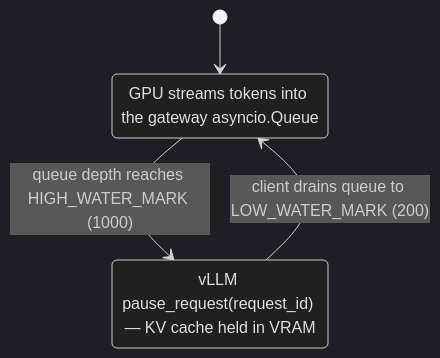
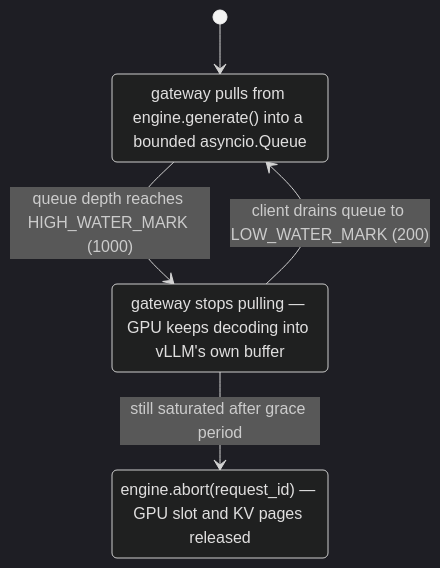
Before and after one commit to rppol/system-design: the second of 3 diagrams in src/main/java/com/rutik/systemdesign/llm/case_studies/cross_cutting/streaming_at_scale.md, drawn with Mermaid (dark theme). The commit also changed other lines of this file and 113 other files, not shown here.

````diff
--- a/src/main/java/com/rutik/systemdesign/llm/case_studies/cross_cutting/streaming_at_scale.md
+++ b/src/main/java/com/rutik/systemdesign/llm/case_studies/cross_cutting/streaming_at_scale.md
@@ -106,8 +106,10 @@
 ```mermaid
 stateDiagram-v2
-    [*] --> Generating
-    Generating --> Paused : queue depth reaches HIGH_WATER_MARK (1000)
-    Paused --> Generating : client drains queue to LOW_WATER_MARK (200)
-    Generating : GPU streams tokens into the gateway asyncio.Queue
-    Paused : vLLM pause_request(request_id) — KV cache held in VRAM
+    [*] --> Draining
+    Draining --> Saturated : queue depth reaches HIGH_WATER_MARK (1000)
+    Saturated --> Draining : client drains queue to LOW_WATER_MARK (200)
+    Saturated --> Aborted : still saturated after grace period
+    Draining : gateway pulls from engine.generate() into a bounded asyncio.Queue
+    Saturated : gateway stops pulling — GPU keeps decoding into vLLM's own buffer
+    Aborted : engine.abort(request_id) — GPU slot and KV pages released
 ```
````
